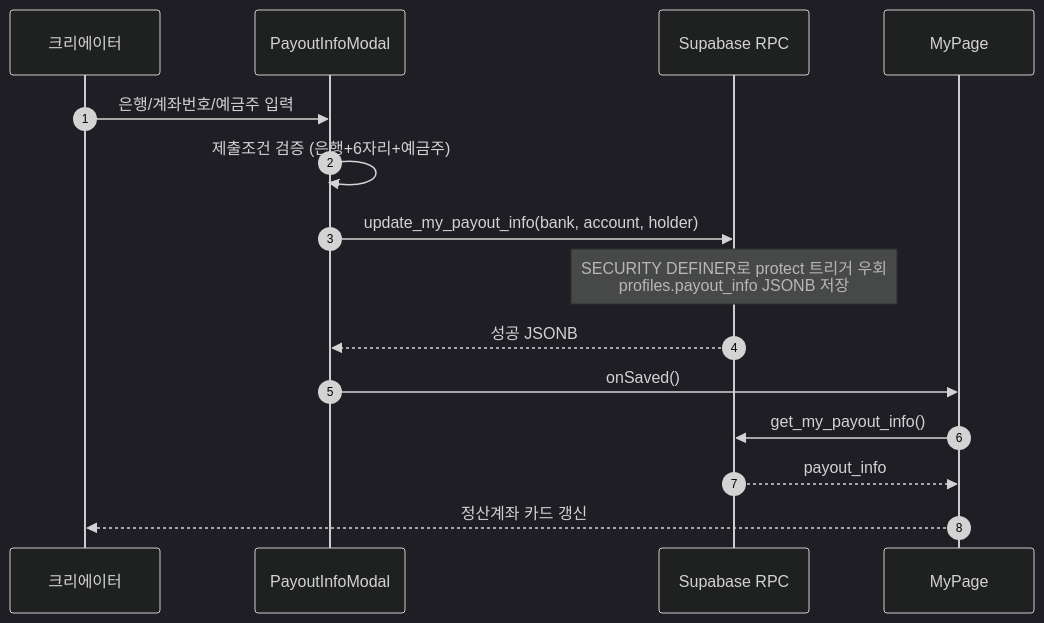
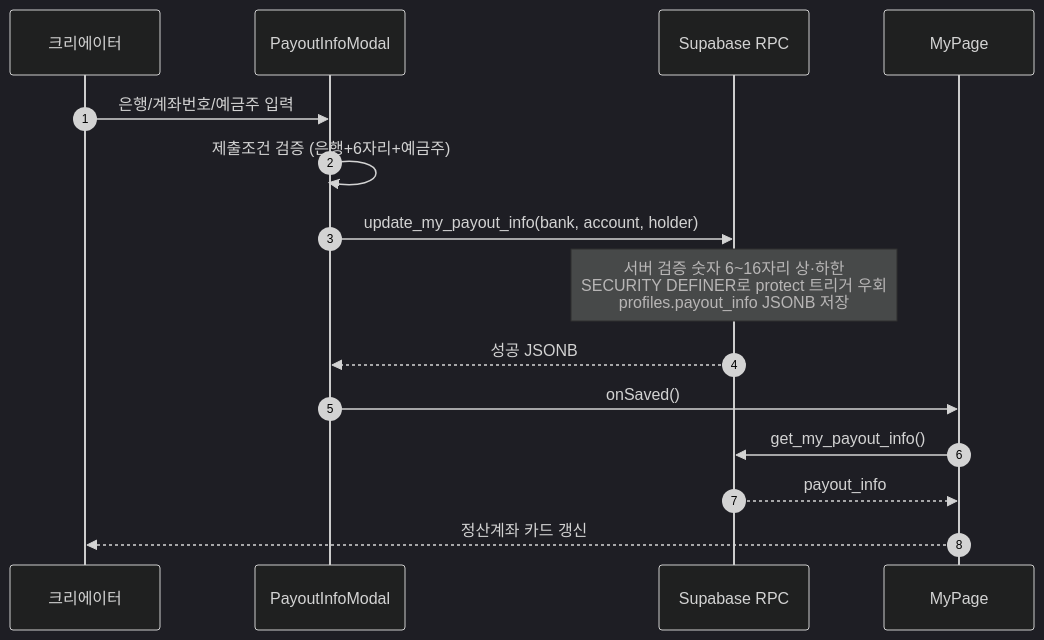
Before and after one commit to crebiz-commits/ai-v-market: the fifth of 5 diagrams in docs/prd/07-mypage-payment-billing.md, drawn with Mermaid (dark theme). The commit also changed other lines of this file and 10 other files, not shown here.

````diff
--- a/docs/prd/07-mypage-payment-billing.md
+++ b/docs/prd/07-mypage-payment-billing.md
@@ -538,17 +563,17 @@
 ```mermaid
 sequenceDiagram
     autonumber
     participant U as 크리에이터
     participant M as PayoutInfoModal
     participant DB as Supabase RPC
     participant MP as MyPage
     U->>M: 은행/계좌번호/예금주 입력
     M->>M: 제출조건 검증 (은행+6자리+예금주)
     M->>DB: update_my_payout_info(bank, account, holder)
-    Note over DB: SECURITY DEFINER로 protect 트리거 우회<br/>profiles.payout_info JSONB 저장
+    Note over DB: 서버 검증 숫자 6~16자리 상·하한<br/>SECURITY DEFINER로 protect 트리거 우회<br/>profiles.payout_info JSONB 저장
     DB-->>M: 성공 JSONB
     M->>MP: onSaved()
     MP->>DB: get_my_payout_info()
     DB-->>MP: payout_info
     MP-->>U: 정산계좌 카드 갱신
 ```
````
